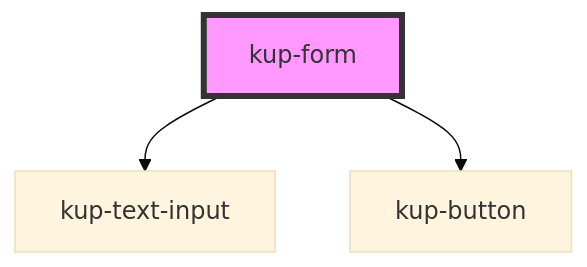
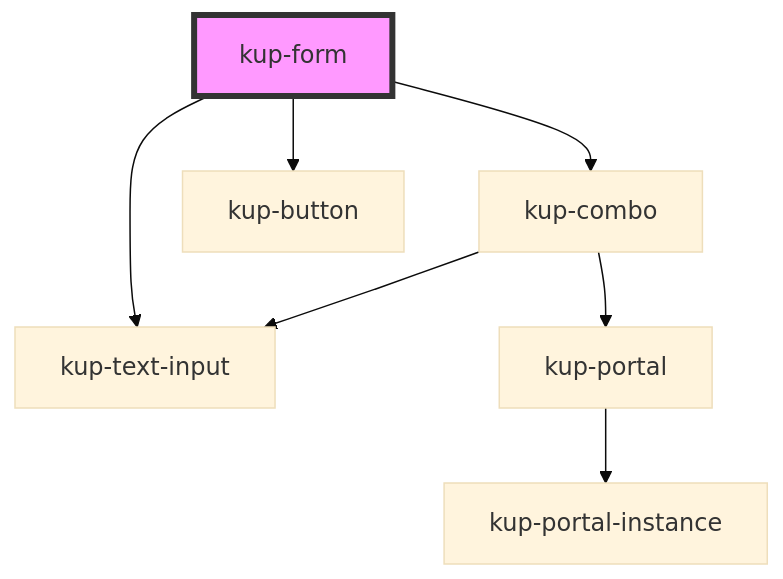
One commit to smeup/ketchup changed the diagram in packages/ketchup/src/components/kup-form/readme.md. Above: the diagram before and after it, drawn with Mermaid (base theme). The commit also changed other lines of this file and 7 other files, not shown here.

Commit message:
kup form: combo

````diff
--- a/packages/ketchup/src/components/kup-form/readme.md
+++ b/packages/ketchup/src/components/kup-form/readme.md
@@ -83,6 +85,10 @@
 ```mermaid
 graph TD;
   kup-form --> kup-text-input
+  kup-form --> kup-combo
   kup-form --> kup-button
+  kup-combo --> kup-text-input
+  kup-combo --> kup-portal
+  kup-portal --> kup-portal-instance
   style kup-form fill:#f9f,stroke:#333,stroke-width:4px
 ```
````
